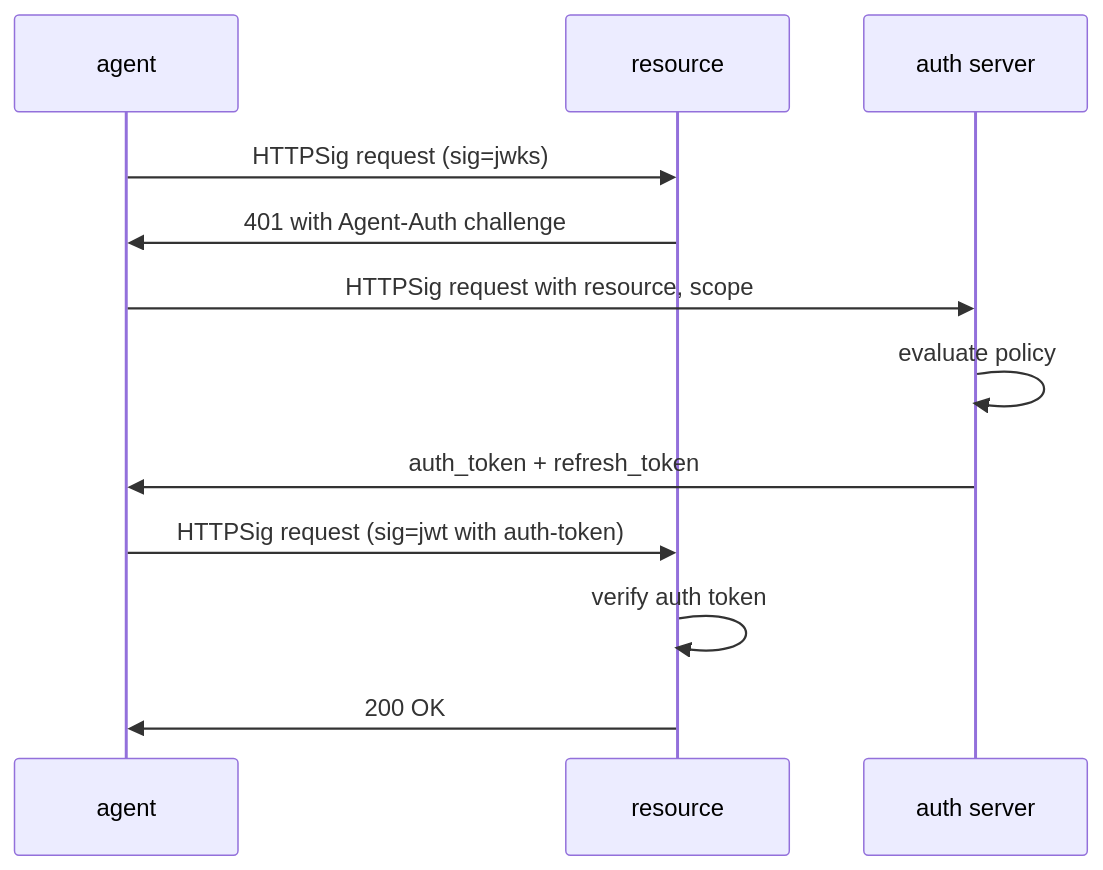
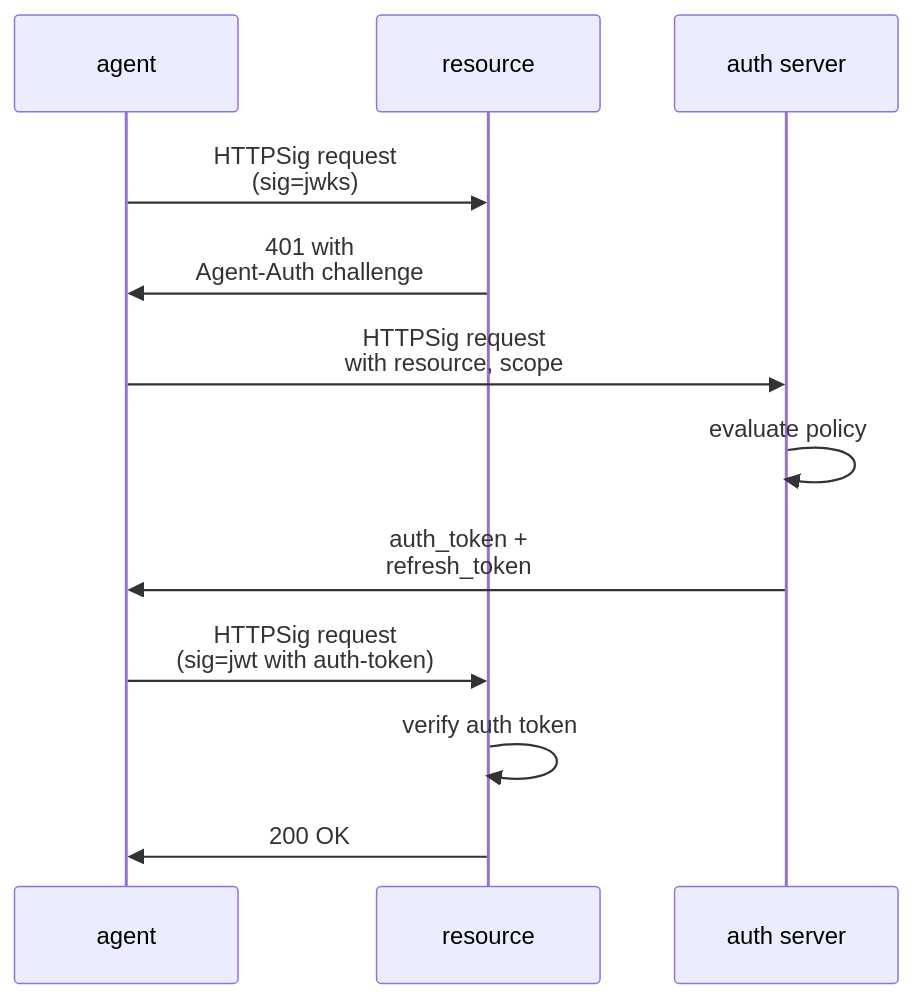
Before and after one commit to dickhardt/agent-auth: the fourth of 9 diagrams in README.md, drawn with Mermaid. The commit also changed other lines of this file, not shown here.

First line of the commit message:
Add line breaks to all mermaid diagrams for better readability

````diff
--- a/README.md
+++ b/README.md
@@ -226,17 +226,17 @@
 ```mermaid
 sequenceDiagram
     participant Agent as agent
     participant Resource as resource
     participant Auth as auth server
 
-    Agent->>Resource: HTTPSig request (sig=jwks)
-    Resource->>Agent: 401 with Agent-Auth challenge
+    Agent->>Resource: HTTPSig request<br/>(sig=jwks)
+    Resource->>Agent: 401 with<br/>Agent-Auth challenge
 
-    Agent->>Auth: HTTPSig request with resource, scope
+    Agent->>Auth: HTTPSig request<br/>with resource, scope
     Auth->>Auth: evaluate policy
-    Auth->>Agent: auth_token + refresh_token
+    Auth->>Agent: auth_token +<br/>refresh_token
 
-    Agent->>Resource: HTTPSig request (sig=jwt with auth-token)
+    Agent->>Resource: HTTPSig request<br/>(sig=jwt with auth-token)
     Resource->>Resource: verify auth token
     Resource->>Agent: 200 OK
 ```
````
